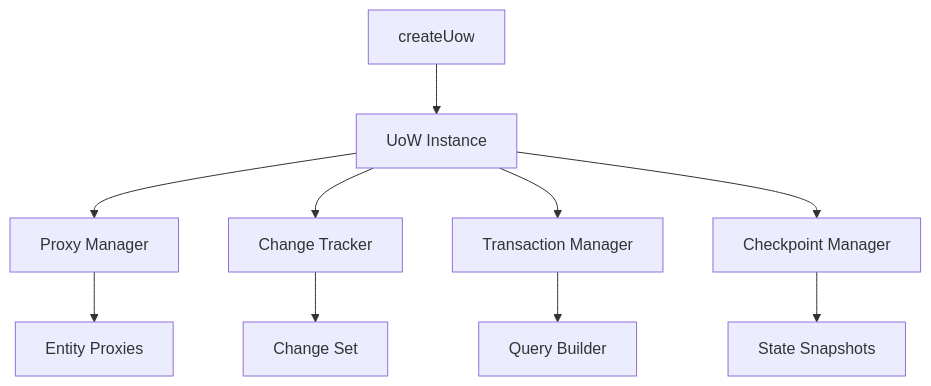
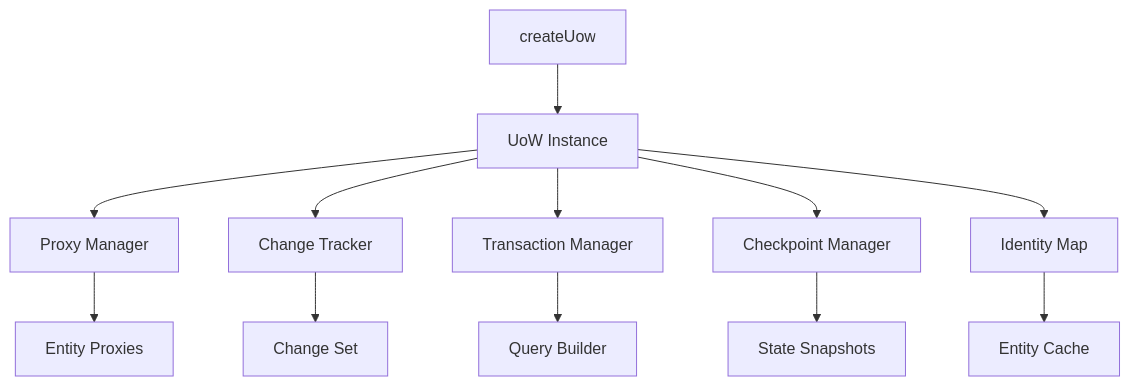
One commit to hazelnutcloud/drizzow changed the diagram in memory-bank/systemPatterns.md. Above: the diagram before and after it, drawn with Mermaid. The commit also changed other lines of this file and 4 other files, not shown here.

First line of the commit message:
Add delete operations and identity map pattern to UoW design

````diff
--- a/memory-bank/systemPatterns.md
+++ b/memory-bank/systemPatterns.md
@@ -7,13 +7,15 @@
 ```mermaid
 graph TD
     A[createUow] --> B[UoW Instance]
     B --> C[Proxy Manager]
     B --> D[Change Tracker]
     B --> E[Transaction Manager]
     B --> F[Checkpoint Manager]
+    B --> G[Identity Map]
     
-    C --> G[Entity Proxies]
-    D --> H[Change Set]
-    E --> I[Query Builder]
-    F --> J[State Snapshots]
+    C --> H[Entity Proxies]
+    D --> I[Change Set]
+    E --> J[Query Builder]
+    F --> K[State Snapshots]
+    G --> L[Entity Cache]
 ```
````
